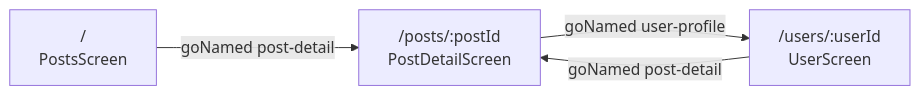
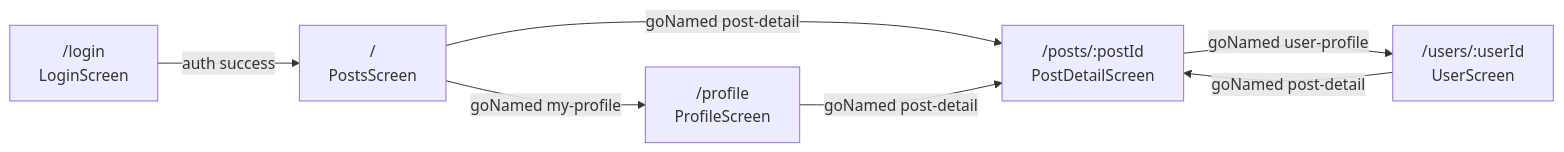
The fifth of 5 diagrams in SCREEN_FLOW.md (jz709u/flutter_posts), drawn with Mermaid before and after one commit. The commit also changed other lines of this file and 1 other file, not shown here.

Commit message:
Update docs for auth and comment flows

````diff
--- a/SCREEN_FLOW.md
+++ b/SCREEN_FLOW.md
@@ -138,10 +154,15 @@
 ```mermaid
 flowchart LR
+    R0["/login<br/>LoginScreen"]
     R1["/<br/>PostsScreen"]
     R2["/posts/:postId<br/>PostDetailScreen"]
-    R3["/users/:userId<br/>UserScreen"]
+    R3["/profile<br/>ProfileScreen"]
+    R4["/users/:userId<br/>UserScreen"]
 
+    R0 -->|"auth success"| R1
     R1 -->|"goNamed post-detail"| R2
-    R2 -->|"goNamed user-profile"| R3
+    R1 -->|"goNamed my-profile"| R3
+    R2 -->|"goNamed user-profile"| R4
     R3 -->|"goNamed post-detail"| R2
+    R4 -->|"goNamed post-detail"| R2
 ```
````
